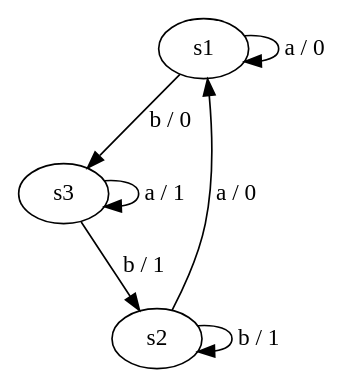
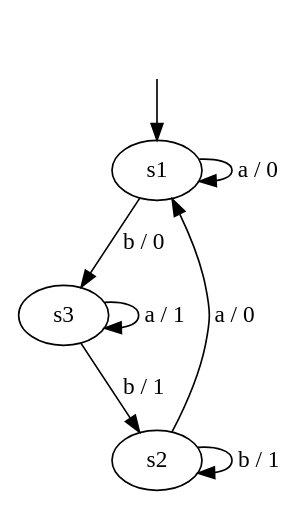
One commit to damascenodiego/automata_wiki changed the diagram in benchmarks/ToyModels/lee_yannakakis_non_distinguishable.dot. Above: the diagram before and after it, drawn with Graphviz. The commit also changed 171 other files, not shown here.

```diff
--- a/benchmarks/ToyModels/lee_yannakakis_non_distinguishable.dot
+++ b/benchmarks/ToyModels/lee_yannakakis_non_distinguishable.dot
@@ -1,9 +1,11 @@
 digraph non_distinguishable {
 	s1 -> s1 [label="a / 0"];
 	s2 -> s1 [label="a / 0"];
 	s3 -> s3 [label="a / 1"];
 
 	s1 -> s3 [label="b / 0"];
 	s2 -> s2 [label="b / 1"];
 	s3 -> s2 [label="b / 1"];
+	__start0 [label="" shape="none"];
+	__start0 -> s1;
 }
```
